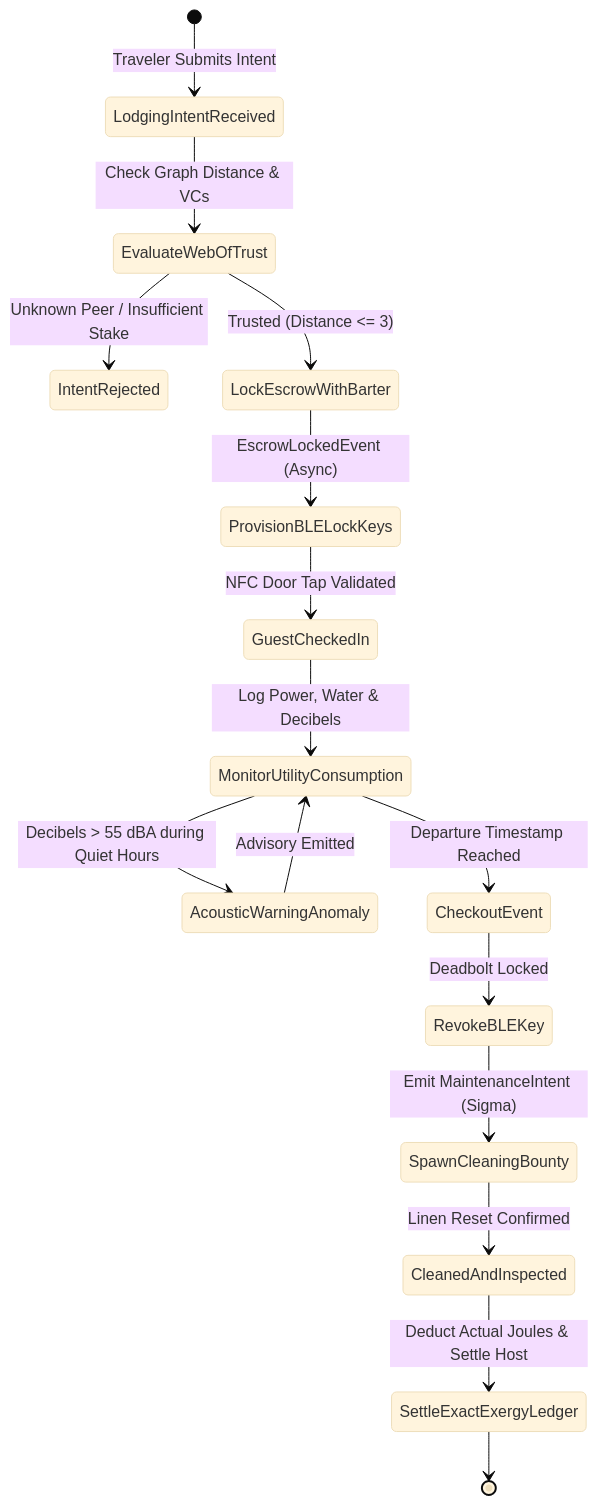
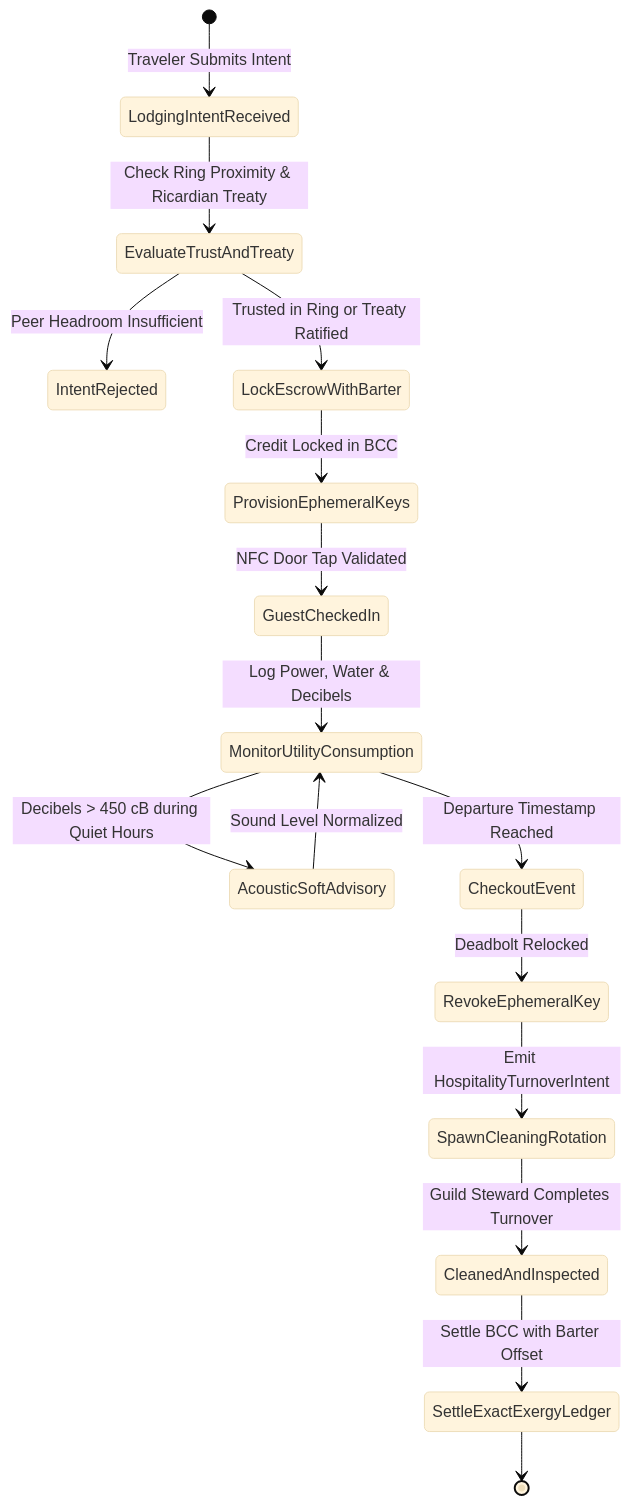
The second of 4 diagrams in docs/scenarios/zeta_lodging.md (raffaine/collective), drawn with Mermaid (base theme) before and after one commit. The commit also changed other lines of this file and 23 other files, not shown here.

````diff
--- a/docs/scenarios/zeta_lodging.md
+++ b/docs/scenarios/zeta_lodging.md
@@ -74,18 +83,18 @@
 ```mermaid
 stateDiagram-v2
     [*] --> LodgingIntentReceived: Traveler Submits Intent
-    LodgingIntentReceived --> EvaluateWebOfTrust: Check Graph Distance & VCs
-    EvaluateWebOfTrust --> IntentRejected: Unknown Peer / Insufficient Stake
-    EvaluateWebOfTrust --> LockEscrowWithBarter: Trusted (Distance <= 3)
-    LockEscrowWithBarter --> ProvisionBLELockKeys: EscrowLockedEvent (Async)
-    ProvisionBLELockKeys --> GuestCheckedIn: NFC Door Tap Validated
+    LodgingIntentReceived --> EvaluateTrustAndTreaty: Check Ring Proximity & Ricardian Treaty
+    EvaluateTrustAndTreaty --> IntentRejected: Peer Headroom Insufficient
+    EvaluateTrustAndTreaty --> LockEscrowWithBarter: Trusted in Ring or Treaty Ratified
+    LockEscrowWithBarter --> ProvisionEphemeralKeys: Credit Locked in BCC
+    ProvisionEphemeralKeys --> GuestCheckedIn: NFC Door Tap Validated
     GuestCheckedIn --> MonitorUtilityConsumption: Log Power, Water & Decibels
-    MonitorUtilityConsumption --> AcousticWarningAnomaly: Decibels > 55 dBA during Quiet Hours
-    AcousticWarningAnomaly --> MonitorUtilityConsumption: Advisory Emitted
+    MonitorUtilityConsumption --> AcousticSoftAdvisory: Decibels > 450 cB during Quiet Hours
+    AcousticSoftAdvisory --> MonitorUtilityConsumption: Sound Level Normalized
     MonitorUtilityConsumption --> CheckoutEvent: Departure Timestamp Reached
-    CheckoutEvent --> RevokeBLEKey: Deadbolt Locked
-    RevokeBLEKey --> SpawnCleaningBounty: Emit MaintenanceIntent (Sigma)
-    SpawnCleaningBounty --> CleanedAndInspected: Linen Reset Confirmed
-    CleanedAndInspected --> SettleExactExergyLedger: Deduct Actual Joules & Settle Host
+    CheckoutEvent --> RevokeEphemeralKey: Deadbolt Relocked
+    RevokeEphemeralKey --> SpawnCleaningRotation: Emit HospitalityTurnoverIntent
+    SpawnCleaningRotation --> CleanedAndInspected: Guild Steward Completes Turnover
+    CleanedAndInspected --> SettleExactExergyLedger: Settle BCC with Barter Offset
     SettleExactExergyLedger --> [*]
 ```
````
